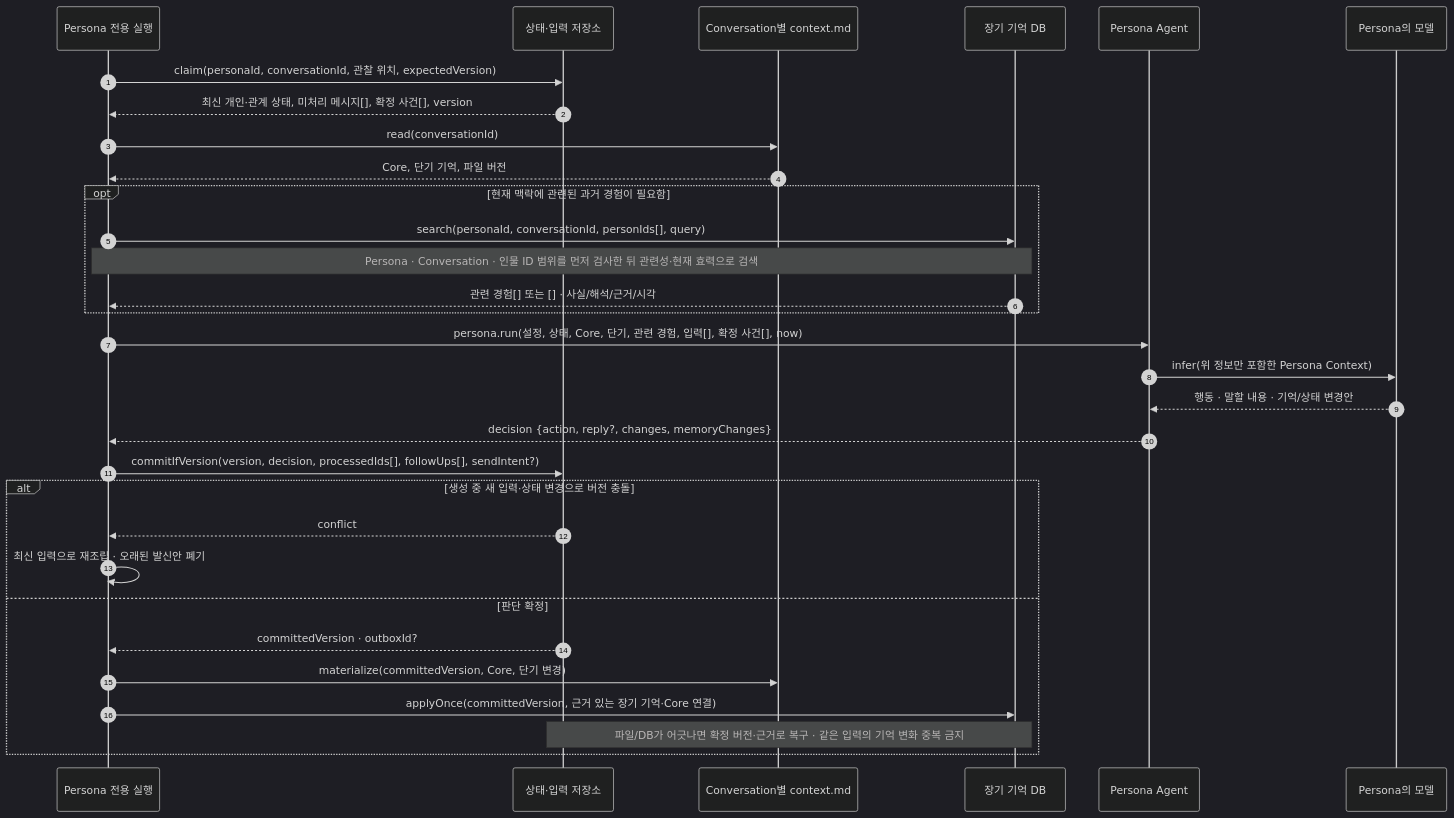
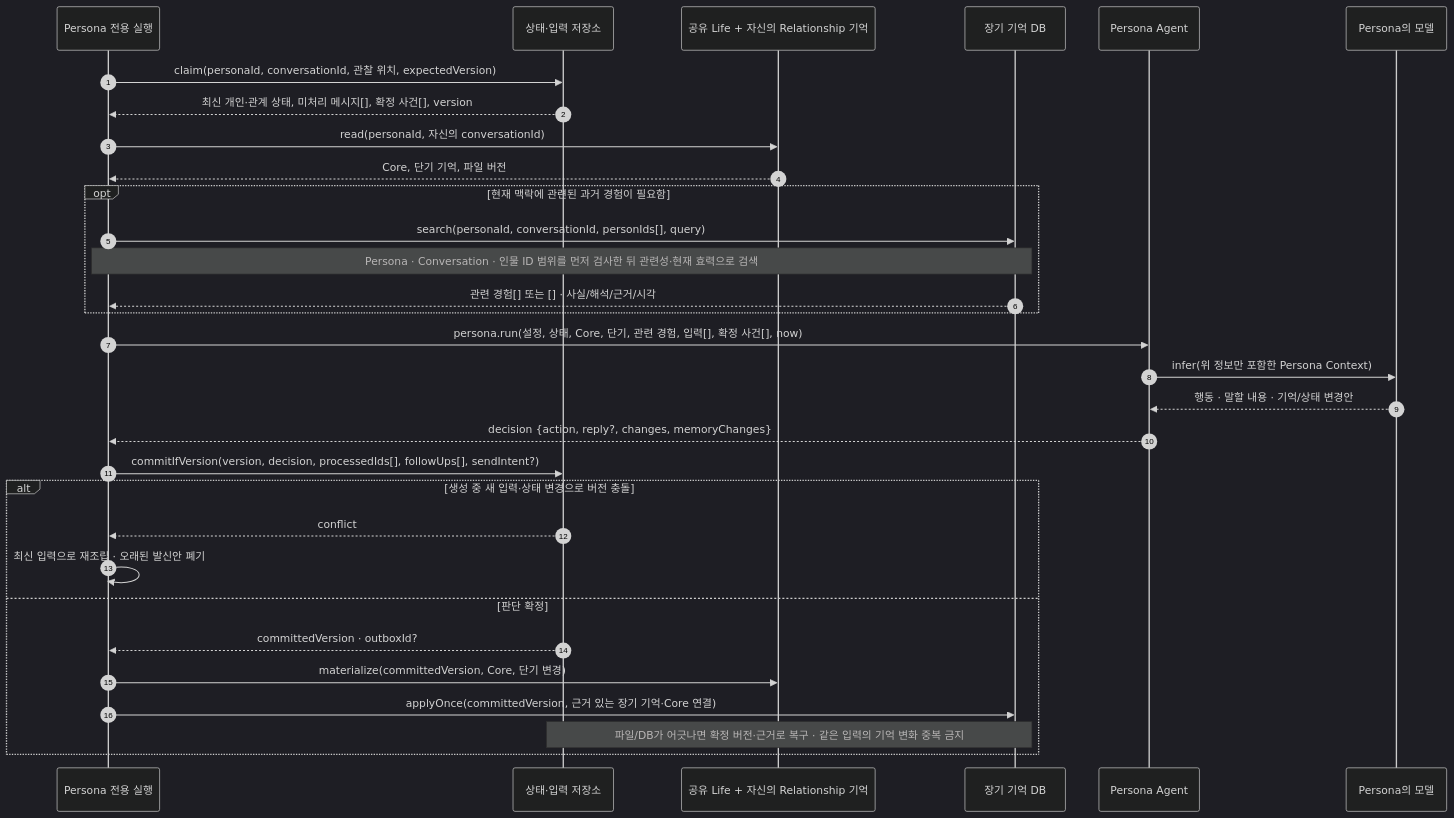
The second of 6 diagrams in docs/specs/agent-runtime-api-flow.md (hena-agent/ren-ai), drawn with Mermaid (dark theme) before and after one commit. The commit also changed other lines of this file and 186 other files, not shown here.

Commit message:
feat: share persona life across up to five conversations

````diff
--- a/docs/specs/agent-runtime-api-flow.md
+++ b/docs/specs/agent-runtime-api-flow.md
@@ -37,34 +43,34 @@
 ```mermaid
 sequenceDiagram
     autonumber
     participant RUN as Persona 전용 실행
     participant DB as 상태·입력 저장소
-    participant CTX as Conversation별 context.md
+    participant CTX as 공유 Life + 자신의 Relationship 기억
     participant MEM as 장기 기억 DB
     participant P as Persona Agent
     participant MODEL as Persona의 모델
 
     RUN->>DB: claim(personaId, conversationId, 관찰 위치, expectedVersion)
     DB-->>RUN: 최신 개인·관계 상태, 미처리 메시지[], 확정 사건[], version
-    RUN->>CTX: read(conversationId)
+    RUN->>CTX: read(personaId, 자신의 conversationId)
     CTX-->>RUN: Core, 단기 기억, 파일 버전
     opt 현재 맥락에 관련된 과거 경험이 필요함
         RUN->>MEM: search(personaId, conversationId, personIds[], query)
         Note over RUN,MEM: Persona · Conversation · 인물 ID 범위를 먼저 검사한 뒤 관련성·현재 효력으로 검색
         MEM-->>RUN: 관련 경험[] 또는 [] · 사실/해석/근거/시각
     end
     RUN->>P: persona.run(설정, 상태, Core, 단기, 관련 경험, 입력[], 확정 사건[], now)
     P->>MODEL: infer(위 정보만 포함한 Persona Context)
     MODEL-->>P: 행동 · 말할 내용 · 기억/상태 변경안
     P-->>RUN: decision {action, reply?, changes, memoryChanges}
     RUN->>DB: commitIfVersion(version, decision, processedIds[], followUps[], sendIntent?)
     alt 생성 중 새 입력·상태 변경으로 버전 충돌
         DB-->>RUN: conflict
         RUN->>RUN: 최신 입력으로 재조립 · 오래된 발신안 폐기
     else 판단 확정
         DB-->>RUN: committedVersion · outboxId?
         RUN->>CTX: materialize(committedVersion, Core, 단기 변경)
         RUN->>MEM: applyOnce(committedVersion, 근거 있는 장기 기억·Core 연결)
         Note over DB,MEM: 파일/DB가 어긋나면 확정 버전·근거로 복구 · 같은 입력의 기억 변화 중복 금지
     end
 ```
````
